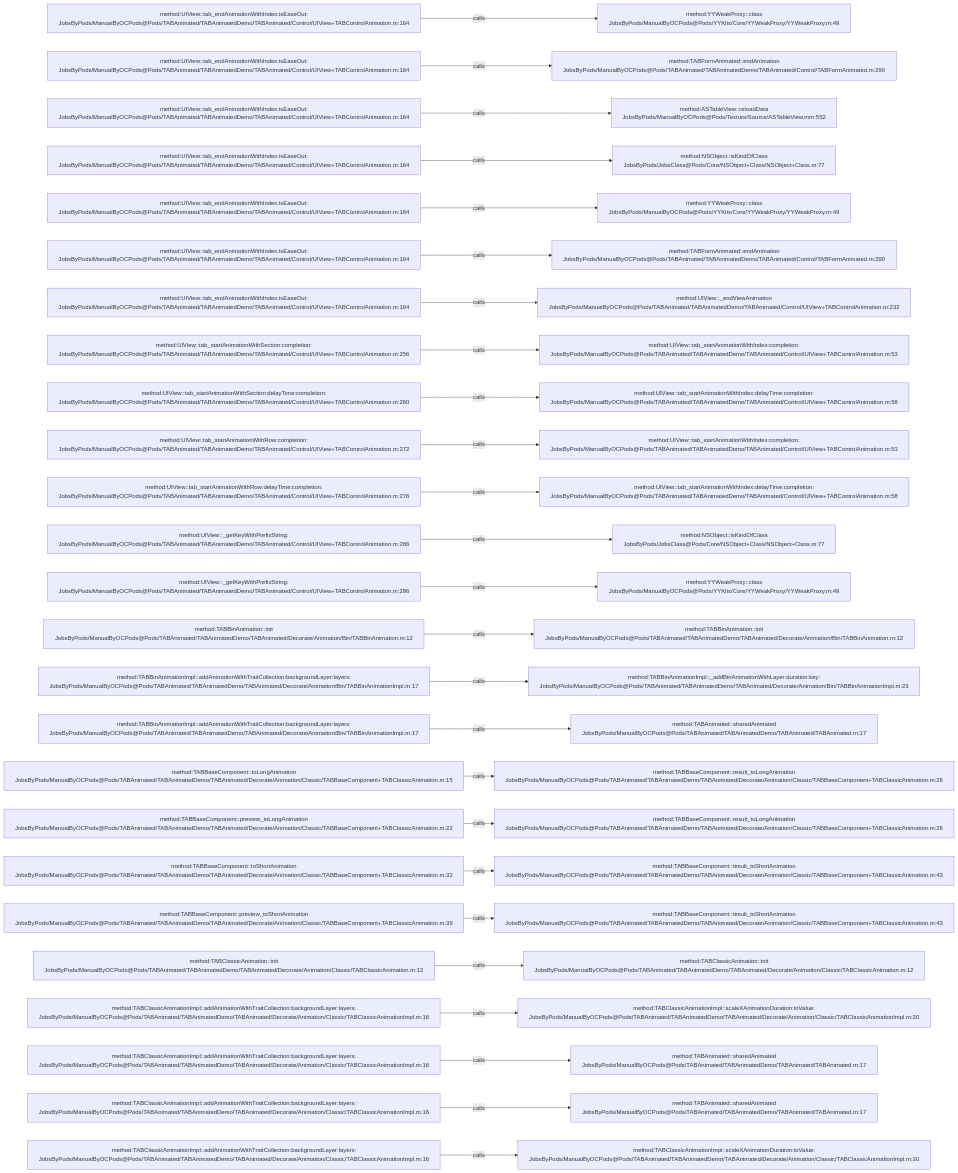
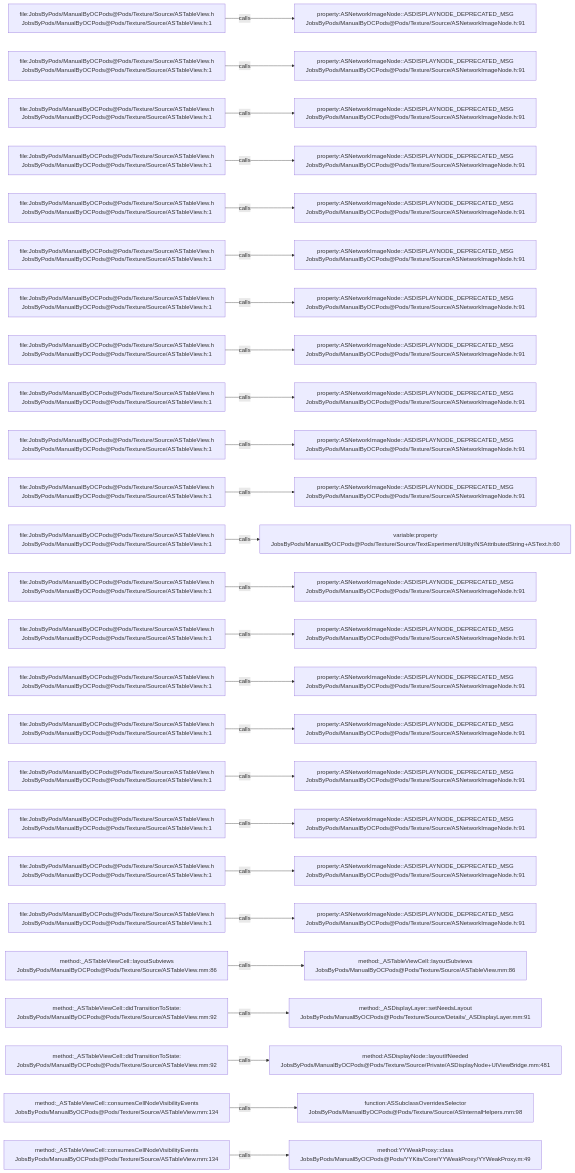
One commit to JobsKits/JobsOCBaseConfigDemo changed the diagram in .codegraph/codegraph.md/graphs/calls-133.md. Above: the diagram before and after it, drawn with Mermaid. The commit also changed 2162 other files, not shown here.

````diff
--- a/.codegraph/codegraph.md/graphs/calls-133.md
+++ b/.codegraph/codegraph.md/graphs/calls-133.md
@@ -13,78 +13,78 @@
 ```mermaid
 flowchart LR
-  S1["method:UIView::tab_endAnimationWithIndex:isEaseOut:<br/>JobsByPods/ManualByOCPods@Pods/TABAnimated/TABAnimatedDemo/TABAnimated/Control/UIView+TABControlAnimation.m:164"]
-  T1["method:YYWeakProxy::class<br/>JobsByPods/ManualByOCPods@Pods/YYKits/Core/YYWeakProxy/YYWeakProxy.m:49"]
+  S1["file:JobsByPods/ManualByOCPods@Pods/Texture/Source/ASTableView.h<br/>JobsByPods/ManualByOCPods@Pods/Texture/Source/ASTableView.h:1"]
+  T1["property:ASNetworkImageNode::ASDISPLAYNODE_DEPRECATED_MSG<br/>JobsByPods/ManualByOCPods@Pods/Texture/Source/ASNetworkImageNode.h:91"]
   S1 -->|calls| T1
-  S2["method:UIView::tab_endAnimationWithIndex:isEaseOut:<br/>JobsByPods/ManualByOCPods@Pods/TABAnimated/TABAnimatedDemo/TABAnimated/Control/UIView+TABControlAnimation.m:164"]
-  T2["method:TABFormAnimated::endAnimation<br/>JobsByPods/ManualByOCPods@Pods/TABAnimated/TABAnimatedDemo/TABAnimated/Control/TABFormAnimated.m:290"]
+  S2["file:JobsByPods/ManualByOCPods@Pods/Texture/Source/ASTableView.h<br/>JobsByPods/ManualByOCPods@Pods/Texture/Source/ASTableView.h:1"]
+  T2["property:ASNetworkImageNode::ASDISPLAYNODE_DEPRECATED_MSG<br/>JobsByPods/ManualByOCPods@Pods/Texture/Source/ASNetworkImageNode.h:91"]
   S2 -->|calls| T2
-  S3["method:UIView::tab_endAnimationWithIndex:isEaseOut:<br/>JobsByPods/ManualByOCPods@Pods/TABAnimated/TABAnimatedDemo/TABAnimated/Control/UIView+TABControlAnimation.m:164"]
-  T3["method:ASTableView::reloadData<br/>JobsByPods/ManualByOCPods@Pods/Texture/Source/ASTableView.mm:552"]
+  S3["file:JobsByPods/ManualByOCPods@Pods/Texture/Source/ASTableView.h<br/>JobsByPods/ManualByOCPods@Pods/Texture/Source/ASTableView.h:1"]
+  T3["property:ASNetworkImageNode::ASDISPLAYNODE_DEPRECATED_MSG<br/>JobsByPods/ManualByOCPods@Pods/Texture/Source/ASNetworkImageNode.h:91"]
   S3 -->|calls| T3
-  S4["method:UIView::tab_endAnimationWithIndex:isEaseOut:<br/>JobsByPods/ManualByOCPods@Pods/TABAnimated/TABAnimatedDemo/TABAnimated/Control/UIView+TABControlAnimation.m:164"]
-  T4["method:NSObject::isKindOfClass<br/>JobsByPods/JobsClass@Pods/Core/NSObject+Class/NSObject+Class.m:77"]
+  S4["file:JobsByPods/ManualByOCPods@Pods/Texture/Source/ASTableView.h<br/>JobsByPods/ManualByOCPods@Pods/Texture/Source/ASTableView.h:1"]
+  T4["property:ASNetworkImageNode::ASDISPLAYNODE_DEPRECATED_MSG<br/>JobsByPods/ManualByOCPods@Pods/Texture/Source/ASNetworkImageNode.h:91"]
   S4 -->|calls| T4
-  S5["method:UIView::tab_endAnimationWithIndex:isEaseOut:<br/>JobsByPods/ManualByOCPods@Pods/TABAnimated/TABAnimatedDemo/TABAnimated/Control/UIView+TABControlAnimation.m:164"]
-  T5["method:YYWeakProxy::class<br/>JobsByPods/ManualByOCPods@Pods/YYKits/Core/YYWeakProxy/YYWeakProxy.m:49"]
+  S5["file:JobsByPods/ManualByOCPods@Pods/Texture/Source/ASTableView.h<br/>JobsByPods/ManualByOCPods@Pods/Texture/Source/ASTableView.h:1"]
+  T5["property:ASNetworkImageNode::ASDISPLAYNODE_DEPRECATED_MSG<br/>JobsByPods/ManualByOCPods@Pods/Texture/Source/ASNetworkImageNode.h:91"]
   S5 -->|calls| T5
-  S6["method:UIView::tab_endAnimationWithIndex:isEaseOut:<br/>JobsByPods/ManualByOCPods@Pods/TABAnimated/TABAnimatedDemo/TABAnimated/Control/UIView+TABControlAnimation.m:164"]
-  T6["method:TABFormAnimated::endAnimation<br/>JobsByPods/ManualByOCPods@Pods/TABAnimated/TABAnimatedDemo/TABAnimated/Control/TABFormAnimated.m:290"]
+  S6["file:JobsByPods/ManualByOCPods@Pods/Texture/Source/ASTableView.h<br/>JobsByPods/ManualByOCPods@Pods/Texture/Source/ASTableView.h:1"]
+  T6["property:ASNetworkImageNode::ASDISPLAYNODE_DEPRECATED_MSG<br/>JobsByPods/ManualByOCPods@Pods/Texture/Source/ASNetworkImageNode.h:91"]
   S6 -->|calls| T6
-  S7["method:UIView::tab_endAnimationWithIndex:isEaseOut:<br/>JobsByPods/ManualByOCPods@Pods/TABAnimated/TABAnimatedDemo/TABAnimated/Control/UIView+TABControlAnimation.m:164"]
-  T7["method:UIView::_endViewAnimation<br/>JobsByPods/ManualByOCPods@Pods/TABAnimated/TABAnimatedDemo/TABAnimated/Control/UIView+TABControlAnimation.m:232"]
+  S7["file:JobsByPods/ManualByOCPods@Pods/Texture/Source/ASTableView.h<br/>JobsByPods/ManualByOCPods@Pods/Texture/Source/ASTableView.h:1"]
+  T7["property:ASNetworkImageNode::ASDISPLAYNODE_DEPRECATED_MSG<br/>JobsByPods/ManualByOCPods@Pods/Texture/Source/ASNetworkImageNode.h:91"]
   S7 -->|calls| T7
-  S8["method:UIView::tab_startAnimationWithSection:completion:<br/>JobsByPods/ManualByOCPods@Pods/TABAnimated/TABAnimatedDemo/TABAnimated/Control/UIView+TABControlAnimation.m:256"]
-  T8["method:UIView::tab_startAnimationWithIndex:completion:<br/>JobsByPods/ManualByOCPods@Pods/TABAnimated/TABAnimatedDemo/TABAnimated/Control/UIView+TABControlAnimation.m:53"]
+  S8["file:JobsByPods/ManualByOCPods@Pods/Texture/Source/ASTableView.h<br/>JobsByPods/ManualByOCPods@Pods/Texture/Source/ASTableView.h:1"]
+  T8["property:ASNetworkImageNode::ASDISPLAYNODE_DEPRECATED_MSG<br/>JobsByPods/ManualByOCPods@Pods/Texture/Source/ASNetworkImageNode.h:91"]
   S8 -->|calls| T8
-  S9["method:UIView::tab_startAnimationWithSection:delayTime:completion:<br/>JobsByPods/ManualByOCPods@Pods/TABAnimated/TABAnimatedDemo/TABAnimated/Control/UIView+TABControlAnimation.m:260"]
-  T9["method:UIView::tab_startAnimationWithIndex:delayTime:completion:<br/>JobsByPods/ManualByOCPods@Pods/TABAnimated/TABAnimatedDemo/TABAnimated/Control/UIView+TABControlAnimation.m:58"]
+  S9["file:JobsByPods/ManualByOCPods@Pods/Texture/Source/ASTableView.h<br/>JobsByPods/ManualByOCPods@Pods/Texture/Source/ASTableView.h:1"]
+  T9["property:ASNetworkImageNode::ASDISPLAYNODE_DEPRECATED_MSG<br/>JobsByPods/ManualByOCPods@Pods/Texture/Source/ASNetworkImageNode.h:91"]
   S9 -->|calls| T9
-  S10["method:UIView::tab_startAnimationWithRow:completion:<br/>JobsByPods/ManualByOCPods@Pods/TABAnimated/TABAnimatedDemo/TABAnimated/Control/UIView+TABControlAnimation.m:272"]
-  T10["method:UIView::tab_startAnimationWithIndex:completion:<br/>JobsByPods/ManualByOCPods@Pods/TABAnimated/TABAnimatedDemo/TABAnimated/Control/UIView+TABControlAnimation.m:53"]
+  S10["file:JobsByPods/ManualByOCPods@Pods/Texture/Source/ASTableView.h<br/>JobsByPods/ManualByOCPods@Pods/Texture/Source/ASTableView.h:1"]
+  T10["property:ASNetworkImageNode::ASDISPLAYNODE_DEPRECATED_MSG<br/>JobsByPods/ManualByOCPods@Pods/Texture/Source/ASNetworkImageNode.h:91"]
   S10 -->|calls| T10
-  S11["method:UIView::tab_startAnimationWithRow:delayTime:completion:<br/>JobsByPods/ManualByOCPods@Pods/TABAnimated/TABAnimatedDemo/TABAnimated/Control/UIView+TABControlAnimation.m:276"]
-  T11["method:UIView::tab_startAnimationWithIndex:delayTime:completion:<br/>JobsByPods/ManualByOCPods@Pods/TABAnimated/TABAnimatedDemo/TABAnimated/Control/UIView+TABControlAnimation.m:58"]
+  S11["file:JobsByPods/ManualByOCPods@Pods/Texture/Source/ASTableView.h<br/>JobsByPods/ManualByOCPods@Pods/Texture/Source/ASTableView.h:1"]
+  T11["property:ASNetworkImageNode::ASDISPLAYNODE_DEPRECATED_MSG<br/>JobsByPods/ManualByOCPods@Pods/Texture/Source/ASNetworkImageNode.h:91"]
   S11 -->|calls| T11
-  S12["method:UIView::_getKeyWithPrefixString:<br/>JobsByPods/ManualByOCPods@Pods/TABAnimated/TABAnimatedDemo/TABAnimated/Control/UIView+TABControlAnimation.m:286"]
-  T12["method:NSObject::isKindOfClass<br/>JobsByPods/JobsClass@Pods/Core/NSObject+Class/NSObject+Class.m:77"]
+  S12["file:JobsByPods/ManualByOCPods@Pods/Texture/Source/ASTableView.h<br/>JobsByPods/ManualByOCPods@Pods/Texture/Source/ASTableView.h:1"]
+  T12["variable:property<br/>JobsByPods/ManualByOCPods@Pods/Texture/Source/TextExperiment/Utility/NSAttributedString+ASText.h:60"]
   S12 -->|calls| T12
-  S13["method:UIView::_getKeyWithPrefixString:<br/>JobsByPods/ManualByOCPods@Pods/TABAnimated/TABAnimatedDemo/TABAnimated/Control/UIView+TABControlAnimation.m:286"]
-  T13["method:YYWeakProxy::class<br/>JobsByPods/ManualByOCPods@Pods/YYKits/Core/YYWeakProxy/YYWeakProxy.m:49"]
+  S13["file:JobsByPods/ManualByOCPods@Pods/Texture/Source/ASTableView.h<br/>JobsByPods/ManualByOCPods@Pods/Texture/Source/ASTableView.h:1"]
+  T13["property:ASNetworkImageNode::ASDISPLAYNODE_DEPRECATED_MSG<br/>JobsByPods/ManualByOCPods@Pods/Texture/Source/ASNetworkImageNode.h:91"]
   S13 -->|calls| T13
-  S14["method:TABBinAnimation::init<br/>JobsByPods/ManualByOCPods@Pods/TABAnimated/TABAnimatedDemo/TABAnimated/Decorate/Animation/Bin/TABBinAnimation.m:12"]
-  T14["method:TABBinAnimation::init<br/>JobsByPods/ManualByOCPods@Pods/TABAnimated/TABAnimatedDemo/TABAnimated/Decorate/Animation/Bin/TABBinAnimation.m:12"]
+  S14["file:JobsByPods/ManualByOCPods@Pods/Texture/Source/ASTableView.h<br/>JobsByPods/ManualByOCPods@Pods/Texture/Source/ASTableView.h:1"]
+  T14["property:ASNetworkImageNode::ASDISPLAYNODE_DEPRECATED_MSG<br/>JobsByPods/ManualByOCPods@Pods/Texture/Source/ASNetworkImageNode.h:91"]
   S14 -->|calls| T14
-  S15["method:TABBinAnimationImpl::addAnimationWithTraitCollection:backgroundLayer:layers:<br/>JobsByPods/ManualByOCPods@Pods/TABAnimated/TABAnimatedDemo/TABAnimated/Decorate/Animation/Bin/TABBinAnimationImpl.m:17"]
-  T15["method:TABBinAnimationImpl::_addBinAnimationWithLayer:duration:key:<br/>JobsByPods/ManualByOCPods@Pods/TABAnimated/TABAnimatedDemo/TABAnimated/Decorate/Animation/Bin/TABBinAnimationImpl.m:23"]
+  S15["file:JobsByPods/ManualByOCPods@Pods/Texture/Source/ASTableView.h<br/>JobsByPods/ManualByOCPods@Pods/Texture/Source/ASTableView.h:1"]
+  T15["property:ASNetworkImageNode::ASDISPLAYNODE_DEPRECATED_MSG<br/>JobsByPods/ManualByOCPods@Pods/Texture/Source/ASNetworkImageNode.h:91"]
   S15 -->|calls| T15
-  S16["method:TABBinAnimationImpl::addAnimationWithTraitCollection:backgroundLayer:layers:<br/>JobsByPods/ManualByOCPods@Pods/TABAnimated/TABAnimatedDemo/TABAnimated/Decorate/Animation/Bin/TABBinAnimationImpl.m:17"]
-  T16["method:TABAnimated::sharedAnimated<br/>JobsByPods/ManualByOCPods@Pods/TABAnimated/TABAnimatedDemo/TABAnimated/TABAnimated.m:17"]
+  S16["file:JobsByPods/ManualByOCPods@Pods/Texture/Source/ASTableView.h<br/>JobsByPods/ManualByOCPods@Pods/Texture/Source/ASTableView.h:1"]
+  T16["property:ASNetworkImageNode::ASDISPLAYNODE_DEPRECATED_MSG<br/>JobsByPods/ManualByOCPods@Pods/Texture/Source/ASNetworkImageNode.h:91"]
   S16 -->|calls| T16
-  S17["method:TABBaseComponent::toLongAnimation<br/>JobsByPods/ManualByOCPods@Pods/TABAnimated/TABAnimatedDemo/TABAnimated/Decorate/Animation/Classic/TABBaseComponent+TABClassicAnimation.m:15"]
-  T17["method:TABBaseComponent::result_toLongAnimation<br/>JobsByPods/ManualByOCPods@Pods/TABAnimated/TABAnimatedDemo/TABAnimated/Decorate/Animation/Classic/TABBaseComponent+TABClassicAnimation.m:26"]
+  S17["file:JobsByPods/ManualByOCPods@Pods/Texture/Source/ASTableView.h<br/>JobsByPods/ManualByOCPods@Pods/Texture/Source/ASTableView.h:1"]
+  T17["property:ASNetworkImageNode::ASDISPLAYNODE_DEPRECATED_MSG<br/>JobsByPods/ManualByOCPods@Pods/Texture/Source/ASNetworkImageNode.h:91"]
   S17 -->|calls| T17
-  S18["method:TABBaseComponent::preview_toLongAnimation<br/>JobsByPods/ManualByOCPods@Pods/TABAnimated/TABAnimatedDemo/TABAnimated/Decorate/Animation/Classic/TABBaseComponent+TABClassicAnimation.m:22"]
-  T18["method:TABBaseComponent::result_toLongAnimation<br/>JobsByPods/ManualByOCPods@Pods/TABAnimated/TABAnimatedDemo/TABAnimated/Decorate/Animation/Classic/TABBaseComponent+TABClassicAnimation.m:26"]
+  S18["file:JobsByPods/ManualByOCPods@Pods/Texture/Source/ASTableView.h<br/>JobsByPods/ManualByOCPods@Pods/Texture/Source/ASTableView.h:1"]
+  T18["property:ASNetworkImageNode::ASDISPLAYNODE_DEPRECATED_MSG<br/>JobsByPods/ManualByOCPods@Pods/Texture/Source/ASNetworkImageNode.h:91"]
   S18 -->|calls| T18
-  S19["method:TABBaseComponent::toShortAnimation<br/>JobsByPods/ManualByOCPods@Pods/TABAnimated/TABAnimatedDemo/TABAnimated/Decorate/Animation/Classic/TABBaseComponent+TABClassicAnimation.m:32"]
-  T19["method:TABBaseComponent::result_toShortAnimation<br/>JobsByPods/ManualByOCPods@Pods/TABAnimated/TABAnimatedDemo/TABAnimated/Decorate/Animation/Classic/TABBaseComponent+TABClassicAnimation.m:43"]
+  S19["file:JobsByPods/ManualByOCPods@Pods/Texture/Source/ASTableView.h<br/>JobsByPods/ManualByOCPods@Pods/Texture/Source/ASTableView.h:1"]
+  T19["property:ASNetworkImageNode::ASDISPLAYNODE_DEPRECATED_MSG<br/>JobsByPods/ManualByOCPods@Pods/Texture/Source/ASNetworkImageNode.h:91"]
   S19 -->|calls| T19
-  S20["method:TABBaseComponent::preview_toShortAnimation<br/>JobsByPods/ManualByOCPods@Pods/TABAnimated/TABAnimatedDemo/TABAnimated/Decorate/Animation/Classic/TABBaseComponent+TABClassicAnimation.m:39"]
-  T20["method:TABBaseComponent::result_toShortAnimation<br/>JobsByPods/ManualByOCPods@Pods/TABAnimated/TABAnimatedDemo/TABAnimated/Decorate/Animation/Classic/TABBaseComponent+TABClassicAnimation.m:43"]
+  S20["file:JobsByPods/ManualByOCPods@Pods/Texture/Source/ASTableView.h<br/>JobsByPods/ManualByOCPods@Pods/Texture/Source/ASTableView.h:1"]
+  T20["property:ASNetworkImageNode::ASDISPLAYNODE_DEPRECATED_MSG<br/>JobsByPods/ManualByOCPods@Pods/Texture/Source/ASNetworkImageNode.h:91"]
   S20 -->|calls| T20
-  S21["method:TABClassicAnimation::init<br/>JobsByPods/ManualByOCPods@Pods/TABAnimated/TABAnimatedDemo/TABAnimated/Decorate/Animation/Classic/TABClassicAnimation.m:12"]
-  T21["method:TABClassicAnimation::init<br/>JobsByPods/ManualByOCPods@Pods/TABAnimated/TABAnimatedDemo/TABAnimated/Decorate/Animation/Classic/TABClassicAnimation.m:12"]
+  S21["method:_ASTableViewCell::layoutSubviews<br/>JobsByPods/ManualByOCPods@Pods/Texture/Source/ASTableView.mm:86"]
+  T21["method:_ASTableViewCell::layoutSubviews<br/>JobsByPods/ManualByOCPods@Pods/Texture/Source/ASTableView.mm:86"]
   S21 -->|calls| T21
-  S22["method:TABClassicAnimationImpl::addAnimationWithTraitCollection:backgroundLayer:layers:<br/>JobsByPods/ManualByOCPods@Pods/TABAnimated/TABAnimatedDemo/TABAnimated/Decorate/Animation/Classic/TABClassicAnimationImpl.m:16"]
-  T22["method:TABClassicAnimationImpl::scaleXAnimationDuration:toValue:<br/>JobsByPods/ManualByOCPods@Pods/TABAnimated/TABAnimatedDemo/TABAnimated/Decorate/Animation/Classic/TABClassicAnimationImpl.m:30"]
+  S22["method:_ASTableViewCell::didTransitionToState:<br/>JobsByPods/ManualByOCPods@Pods/Texture/Source/ASTableView.mm:92"]
+  T22["method:_ASDisplayLayer::setNeedsLayout<br/>JobsByPods/ManualByOCPods@Pods/Texture/Source/Details/_ASDisplayLayer.mm:91"]
   S22 -->|calls| T22
-  S23["method:TABClassicAnimationImpl::addAnimationWithTraitCollection:backgroundLayer:layers:<br/>JobsByPods/ManualByOCPods@Pods/TABAnimated/TABAnimatedDemo/TABAnimated/Decorate/Animation/Classic/TABClassicAnimationImpl.m:16"]
-  T23["method:TABAnimated::sharedAnimated<br/>JobsByPods/ManualByOCPods@Pods/TABAnimated/TABAnimatedDemo/TABAnimated/TABAnimated.m:17"]
+  S23["method:_ASTableViewCell::didTransitionToState:<br/>JobsByPods/ManualByOCPods@Pods/Texture/Source/ASTableView.mm:92"]
+  T23["method:ASDisplayNode::layoutIfNeeded<br/>JobsByPods/ManualByOCPods@Pods/Texture/Source/Private/ASDisplayNode+UIViewBridge.mm:481"]
   S23 -->|calls| T23
-  S24["method:TABClassicAnimationImpl::addAnimationWithTraitCollection:backgroundLayer:layers:<br/>JobsByPods/ManualByOCPods@Pods/TABAnimated/TABAnimatedDemo/TABAnimated/Decorate/Animation/Classic/TABClassicAnimationImpl.m:16"]
-  T24["method:TABAnimated::sharedAnimated<br/>JobsByPods/ManualByOCPods@Pods/TABAnimated/TABAnimatedDemo/TABAnimated/TABAnimated.m:17"]
+  S24["method:_ASTableViewCell::consumesCellNodeVisibilityEvents<br/>JobsByPods/ManualByOCPods@Pods/Texture/Source/ASTableView.mm:134"]
+  T24["function:ASSubclassOverridesSelector<br/>JobsByPods/ManualByOCPods@Pods/Texture/Source/ASInternalHelpers.mm:98"]
   S24 -->|calls| T24
-  S25["method:TABClassicAnimationImpl::addAnimationWithTraitCollection:backgroundLayer:layers:<br/>JobsByPods/ManualByOCPods@Pods/TABAnimated/TABAnimatedDemo/TABAnimated/Decorate/Animation/Classic/TABClassicAnimationImpl.m:16"]
-  T25["method:TABClassicAnimationImpl::scaleXAnimationDuration:toValue:<br/>JobsByPods/ManualByOCPods@Pods/TABAnimated/TABAnimatedDemo/TABAnimated/Decorate/Animation/Classic/TABClassicAnimationImpl.m:30"]
+  S25["method:_ASTableViewCell::consumesCellNodeVisibilityEvents<br/>JobsByPods/ManualByOCPods@Pods/Texture/Source/ASTableView.mm:134"]
+  T25["method:YYWeakProxy::class<br/>JobsByPods/ManualByOCPods@Pods/YYKits/Core/YYWeakProxy/YYWeakProxy.m:49"]
   S25 -->|calls| T25
 ```
````
